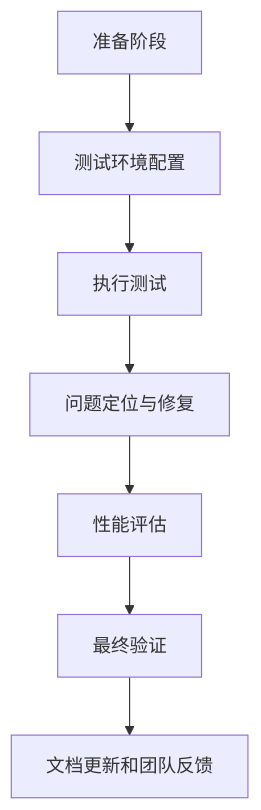
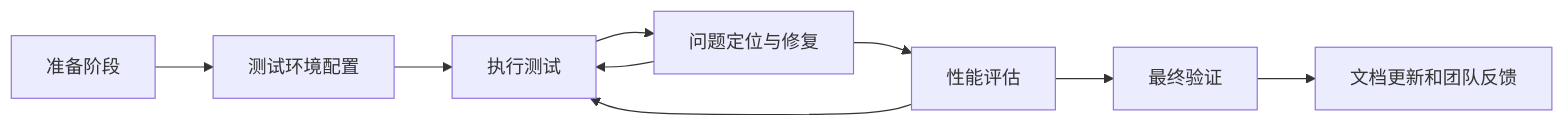
The diagram in ZX_Work/BurialPoint/埋点测试文档.md (melchiorlong/DailyScipts), drawn with Mermaid before and after one commit. The commit also changed other lines of this file and 1 other file, not shown here.

````diff
--- a/ZX_Work/BurialPoint/埋点测试文档.md
+++ b/ZX_Work/BurialPoint/埋点测试文档.md
@@ -59,9 +93,11 @@
 ``` mermaid
-graph TD
+graph LR
     A[准备阶段] --> B[测试环境配置]
     B --> C[执行测试]
     C --> D[问题定位与修复]
+    D --> C
     D --> E[性能评估]
+    E --> C
     E --> F[最终验证]
     F --> G[文档更新和团队反馈]
 ```
````
